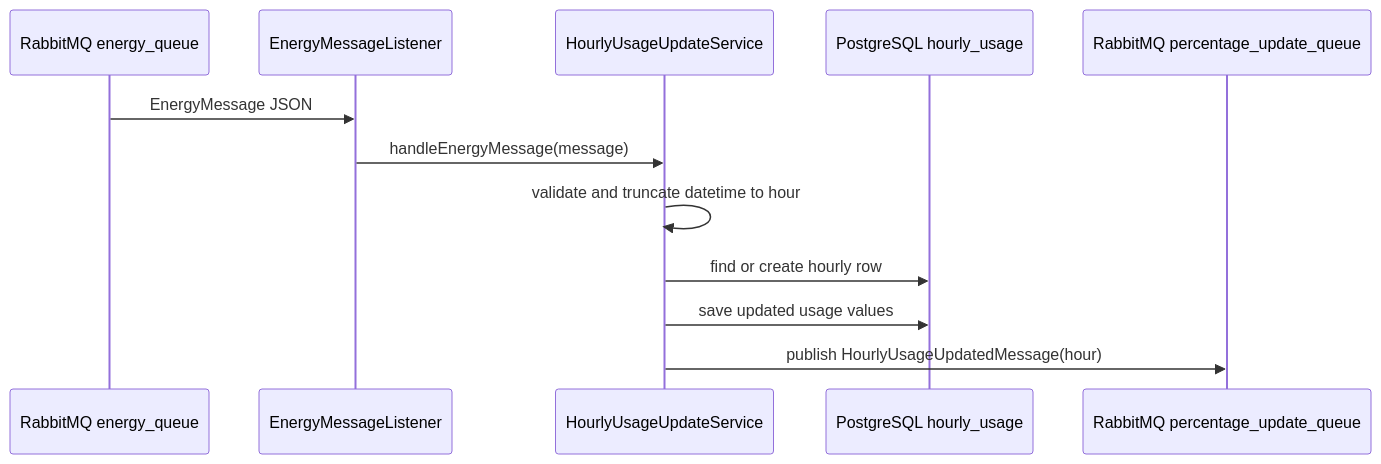
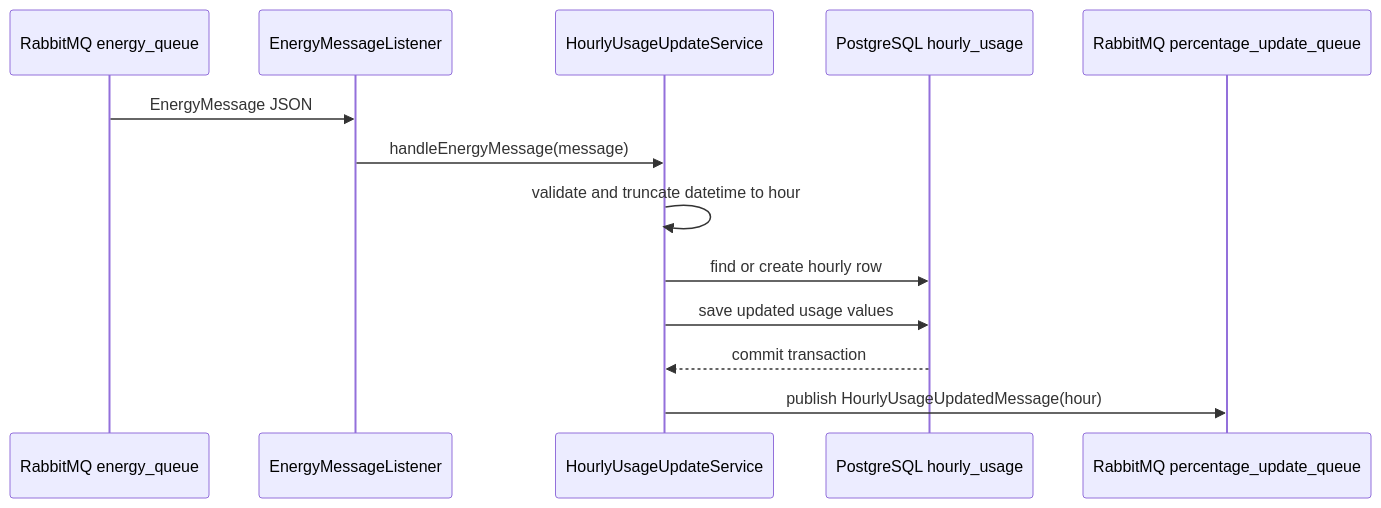
The second of 2 diagrams in docs/modules-documentation/usage-service.md (Dev02Liu/energy_community_project), drawn with Mermaid before and after one commit. The commit also changed other lines of this file and 45 other files, not shown here.

````diff
--- a/docs/modules-documentation/usage-service.md
+++ b/docs/modules-documentation/usage-service.md
@@ -115,15 +115,16 @@
 ```mermaid
 sequenceDiagram
     participant Q as RabbitMQ energy_queue
     participant L as EnergyMessageListener
     participant S as HourlyUsageUpdateService
     participant DB as PostgreSQL hourly_usage
     participant UQ as RabbitMQ percentage_update_queue
 
     Q->>L: EnergyMessage JSON
     L->>S: handleEnergyMessage(message)
     S->>S: validate and truncate datetime to hour
     S->>DB: find or create hourly row
     S->>DB: save updated usage values
+    DB-->>S: commit transaction
     S->>UQ: publish HourlyUsageUpdatedMessage(hour)
 ```
````
